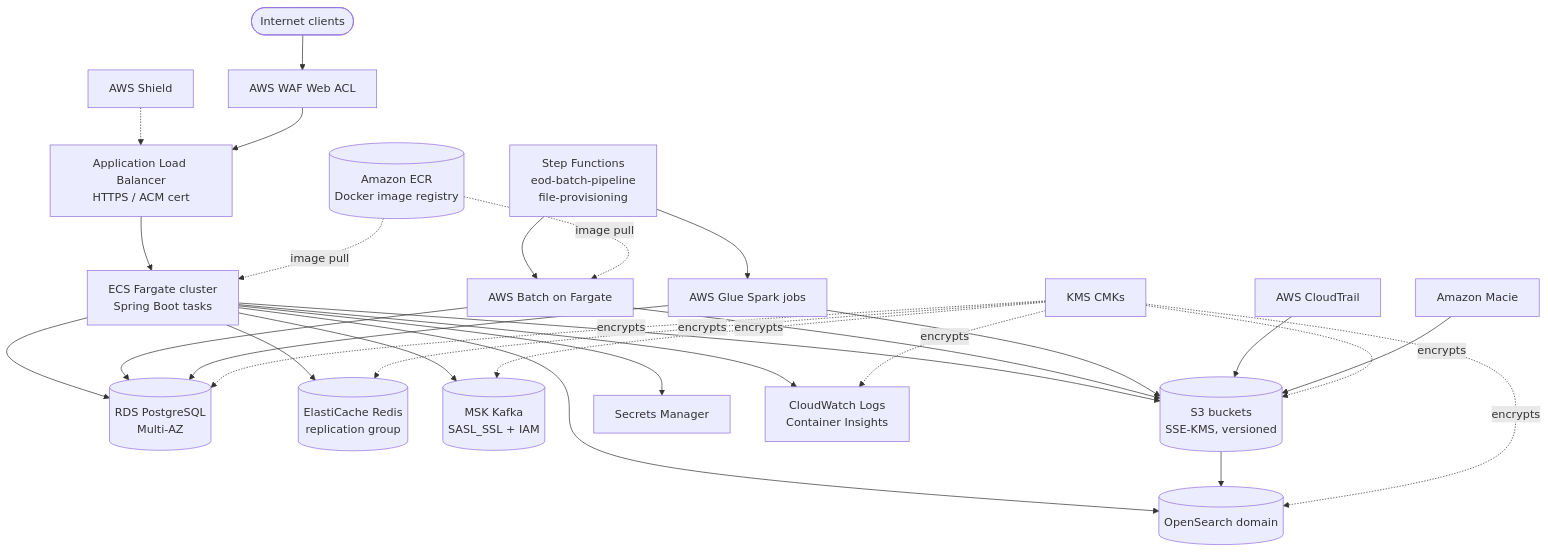
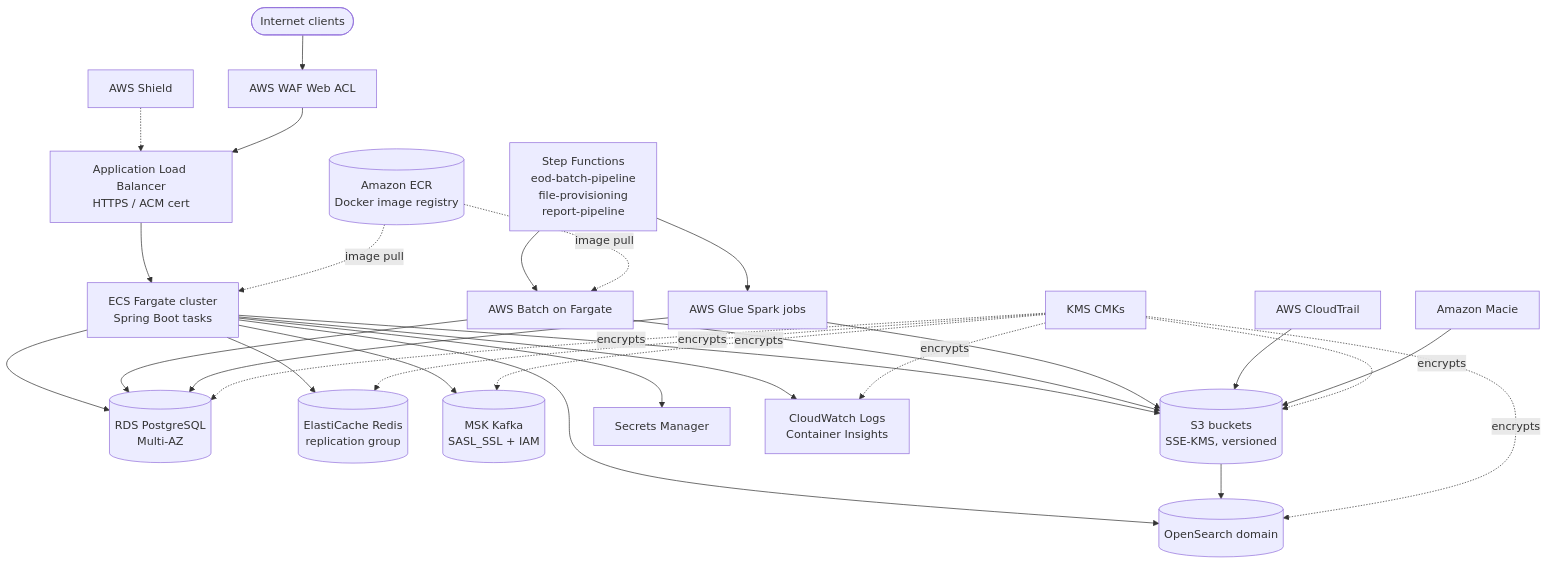
Before and after one commit to Blitzy-Sandbox/blitzy-card-demo: the diagram in infrastructure/README.md, drawn with Mermaid. The commit also changed other lines of this file and 46 other files, not shown here.

````diff
--- a/infrastructure/README.md
+++ b/infrastructure/README.md
@@ -44,55 +44,55 @@
 ```mermaid
 graph TD
     Internet([Internet clients])
     WAF[AWS WAF Web ACL]
     Shield[AWS Shield]
     ALB[Application Load Balancer<br/>HTTPS / ACM cert]
     ECS[ECS Fargate cluster<br/>Spring Boot tasks]
     RDS[(RDS PostgreSQL<br/>Multi-AZ)]
     Redis[(ElastiCache Redis<br/>replication group)]
     MSK[(MSK Kafka<br/>SASL_SSL + IAM)]
     S3[(S3 buckets<br/>SSE-KMS, versioned)]
     SM[Secrets Manager]
     CWL[CloudWatch Logs<br/>Container Insights]
     OS[(OpenSearch domain)]
     Batch[AWS Batch on Fargate]
-    SFN[Step Functions<br/>eod-batch-pipeline<br/>file-provisioning]
+    SFN[Step Functions<br/>eod-batch-pipeline<br/>file-provisioning<br/>report-pipeline]
     Glue[AWS Glue Spark jobs]
     CT[AWS CloudTrail]
     Macie[Amazon Macie]
     KMS[KMS CMKs]
     ECR[(Amazon ECR<br/>Docker image registry)]
 
     Internet --> WAF
     Shield -.-> ALB
     WAF --> ALB
     ALB --> ECS
     ECS --> RDS
     ECS --> Redis
     ECS --> MSK
     ECS --> S3
     ECS --> SM
     ECS --> CWL
     ECS --> OS
 
     SFN --> Batch
     SFN --> Glue
     Batch --> RDS
     Batch --> S3
     Glue --> S3
     Glue --> RDS
 
     CT --> S3
     S3 --> OS
     Macie --> S3
 
     KMS -.encrypts.-> RDS
     KMS -.encrypts.-> S3
     KMS -.encrypts.-> Redis
     KMS -.encrypts.-> CWL
     KMS -.encrypts.-> MSK
     KMS -.encrypts.-> OS
 
     ECR -.image pull.-> ECS
     ECR -.image pull.-> Batch
 ```
````
